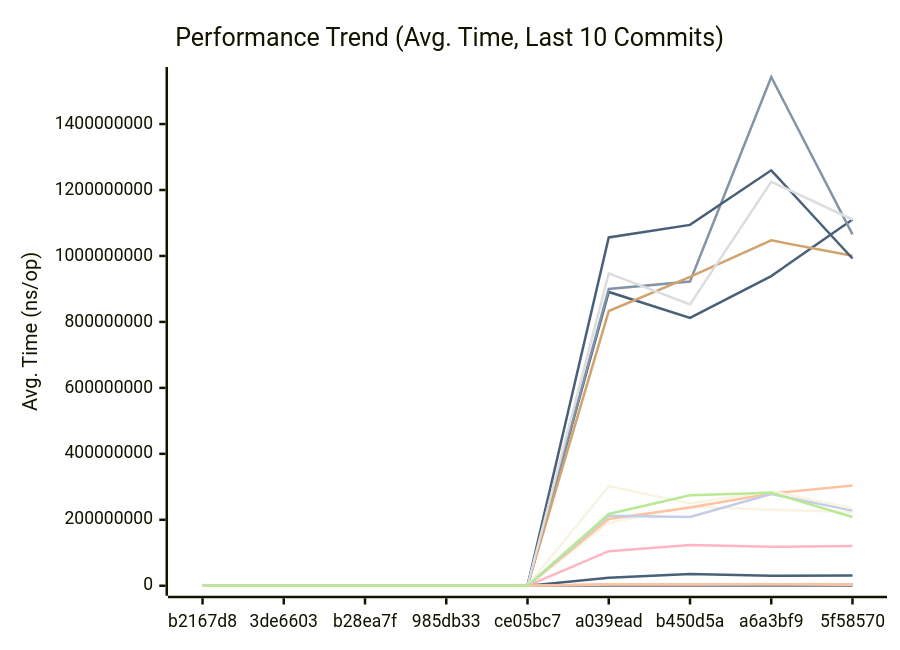
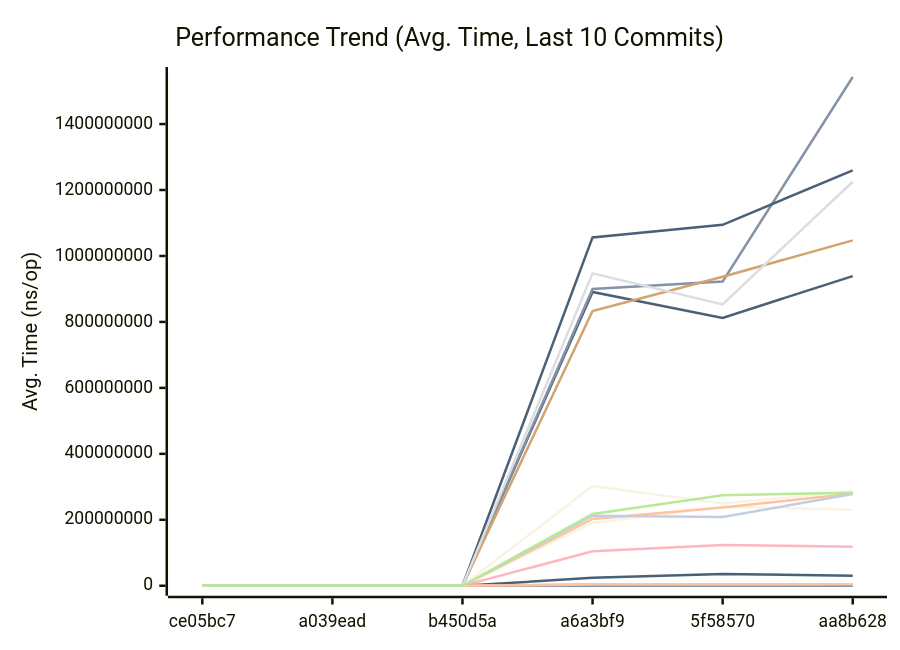
One commit to alsotoes/momo changed the first of 3 diagrams in docs/PERFORMANCE.md. Above: the diagram before and after it, drawn with Mermaid. The commit also changed other lines of this file and 34 other files, not shown here.

````diff
--- a/docs/PERFORMANCE.md
+++ b/docs/PERFORMANCE.md
@@ -252,42 +252,42 @@
 ```mermaid
 xychart-beta
     title "Performance Trend (Avg. Time, Last 10 Commits)"
     x-axis "Commit"
     y-axis "Avg. Time (ns/op)"
-    x-axis [b2167d8,3de6603,b28ea7f,985db33,ce05bc7,a039ead,b450d5a,a6a3bf9,5f58570]
-    line "AWSChunkedReaderSigned" [498260,437140,488574,498069,465911,433775,468904,508062,513734,453907]
-    line "AWSChunkedReaderUnsigned" [515178,422333,429659,468690,435995,410570,459580,513068,555370,434075]
-    line "CheckMetricsAndSwap" [10,8,8,11,8,8,8,10,10,10]
-    line "CrushOptimized" [392,318,363,314,313,296,324,395,388,377]
-    line "CrushOriginal" [508,433,434,468,438,389,424,500,510,457]
-    line "FormatListObjectsV2XML_AppendFormat" [0,0,0,0,0,585500,632895,781453,825885,607733]
-    line "FormatListObjectsV2XML_OldFormat" [0,0,0,0,0,385936,392685,437988,457438,384420]
-    line "HashBytes/1MiB" [0,0,0,0,0,2943044,3455198,4083758,3234966,3413080]
-    line "HashBytes/256MiB" [0,0,0,0,0,890920045,812286372,938923522,1110812216,1079738977]
-    line "HashBytes/64MiB" [0,0,0,0,0,191159849,239861268,230821474,223678991,219197938]
-    line "HashFile/1MiB" [0,0,0,0,0,3438255,3866812,3929226,4016890,4018511]
-    line "HashFile/256MiB" [0,0,0,0,0,900152012,922386758,1542681975,1065256239,948781835]
-    line "HashFile/64MiB" [0,0,0,0,0,202378726,236988193,279832912,304125965,245379512]
-    line "IndexDirectTracking" [0,0,0,0,0,0,0,0,1,0]
-    line "IndexSearch" [3,3,2,2,2,3,3,3,3,2]
-    line "LoadGlobalConfig" [9892,8516,8353,9052,8987,8373,9135,11430,10521,10213]
-    line "LocalWrite/1MiB" [0,0,0,0,0,386344,535333,623012,523182,386063]
-    line "LocalWrite/256MiB" [0,0,0,0,0,104739454,123322682,118227363,120742842,111644085]
-    line "LocalWrite/64MiB" [0,0,0,0,0,24065226,35686954,30222165,31091015,24172266]
-    line "PadString" [47,40,42,47,44,41,47,91,57,43]
+    x-axis [ce05bc7,a039ead,b450d5a,a6a3bf9,5f58570,aa8b628]
+    line "AWSChunkedReaderSigned" [488574,498069,465911,433775,468904,508062,513734,453907,508785,438904]
+    line "AWSChunkedReaderUnsigned" [429659,468690,435995,410570,459580,513068,555370,434075,493616,452490]
+    line "CheckMetricsAndSwap" [8,11,8,8,8,10,10,10,9,9]
+    line "CrushOptimized" [363,314,313,296,324,395,388,377,359,336]
+    line "CrushOriginal" [434,468,438,389,424,500,510,457,482,564]
+    line "FormatListObjectsV2XML_AppendFormat" [0,0,0,585500,632895,781453,825885,607733,755798,641060]
+    line "FormatListObjectsV2XML_OldFormat" [0,0,0,385936,392685,437988,457438,384420,452349,422273]
+    line "HashBytes/1MiB" [0,0,0,2943044,3455198,4083758,3234966,3413080,3456264,3163701]
+    line "HashBytes/256MiB" [0,0,0,890920045,812286372,938923522,1110812216,1079738977,975610814,775687070]
+    line "HashBytes/64MiB" [0,0,0,191159849,239861268,230821474,223678991,219197938,219466744,193218904]
+    line "HashFile/1MiB" [0,0,0,3438255,3866812,3929226,4016890,4018511,4015638,3353870]
+    line "HashFile/256MiB" [0,0,0,900152012,922386758,1542681975,1065256239,948781835,970019312,1077613896]
+    line "HashFile/64MiB" [0,0,0,202378726,236988193,279832912,304125965,245379512,268034657,296897974]
+    line "IndexDirectTracking" [0,0,0,0,0,0,1,0,0,0]
+    line "IndexSearch" [2,2,2,3,3,3,3,2,2,2]
+    line "LoadGlobalConfig" [8353,9052,8987,8373,9135,11430,10521,10213,10358,12306]
+    line "LocalWrite/1MiB" [0,0,0,386344,535333,623012,523182,386063,1014308,495566]
+    line "LocalWrite/256MiB" [0,0,0,104739454,123322682,118227363,120742842,111644085,120805038,123214909]
+    line "LocalWrite/64MiB" [0,0,0,24065226,35686954,30222165,31091015,24172266,30061816,28520680]
+    line "PadString" [42,47,44,41,47,91,57,43,54,47]
     line "ParseReplicationOrder_NoPrealloc" [350,349,357,354,345,225,229,165,232,234]
     line "ParseReplicationOrder_Prealloc" [229,231,237,234,229,108,107,80,110,109]
-    line "Placement" [0,0,0,0,0,4402,4818,5406,5565,5457]
-    line "PlacementDomainSpread" [0,0,0,0,0,4713,5072,5712,5726,5715]
-    line "ReadVerify/1MiB" [0,0,0,0,0,3322226,4158622,4423216,3880705,3695998]
-    line "ReadVerify/256MiB" [0,0,0,0,0,833047448,936726754,1047336519,1000480549,885690851]
-    line "ReadVerify/64MiB" [0,0,0,0,0,212456699,208430448,278276063,227817182,208677144]
-    line "S3PutSpool/1MiB" [0,0,0,0,0,3659136,3725511,4622411,4130137,3968364]
-    line "S3PutSpool/256MiB" [0,0,0,0,0,1056311038,1094320670,1259669614,992342042,1114984906]
-    line "S3PutSpool/64MiB" [0,0,0,0,0,302092155,249542876,286259711,234949006,287125834]
-    line "SanitizeLog/Safe" [244,225,243,248,275,222,246,264,286,222]
-    line "SanitizeLog/Unsafe" [898,695,698,749,710,674,741,900,848,591]
-    line "TrustedRead/1MiB" [0,0,0,0,0,3530931,3629261,4639890,3222989,4353885]
-    line "TrustedRead/256MiB" [0,0,0,0,0,947127786,853259220,1225064259,1110598924,879089092]
-    line "TrustedRead/64MiB" [0,0,0,0,0,217573714,274674598,281874202,208613545,224760418]
+    line "Placement" [0,0,0,4402,4818,5406,5565,5457,4982,6536]
+    line "PlacementDomainSpread" [0,0,0,4713,5072,5712,5726,5715,5363,5481]
+    line "ReadVerify/1MiB" [0,0,0,3322226,4158622,4423216,3880705,3695998,3063023,3984205]
+    line "ReadVerify/256MiB" [0,0,0,833047448,936726754,1047336519,1000480549,885690851,923410779,1100413248]
+    line "ReadVerify/64MiB" [0,0,0,212456699,208430448,278276063,227817182,208677144,236746582,250377464]
+    line "S3PutSpool/1MiB" [0,0,0,3659136,3725511,4622411,4130137,3968364,5120338,3650820]
+    line "S3PutSpool/256MiB" [0,0,0,1056311038,1094320670,1259669614,992342042,1114984906,1033132692,1124236868]
+    line "S3PutSpool/64MiB" [0,0,0,302092155,249542876,286259711,234949006,287125834,255515959,308609029]
+    line "SanitizeLog/Safe" [243,248,275,222,246,264,286,222,310,254]
+    line "SanitizeLog/Unsafe" [698,749,710,674,741,900,848,591,715,718]
+    line "TrustedRead/1MiB" [0,0,0,3530931,3629261,4639890,3222989,4353885,3601064,3974984]
+    line "TrustedRead/256MiB" [0,0,0,947127786,853259220,1225064259,1110598924,879089092,1160948664,1058653542]
+    line "TrustedRead/64MiB" [0,0,0,217573714,274674598,281874202,208613545,224760418,288480214,313281107]
 ```
````
